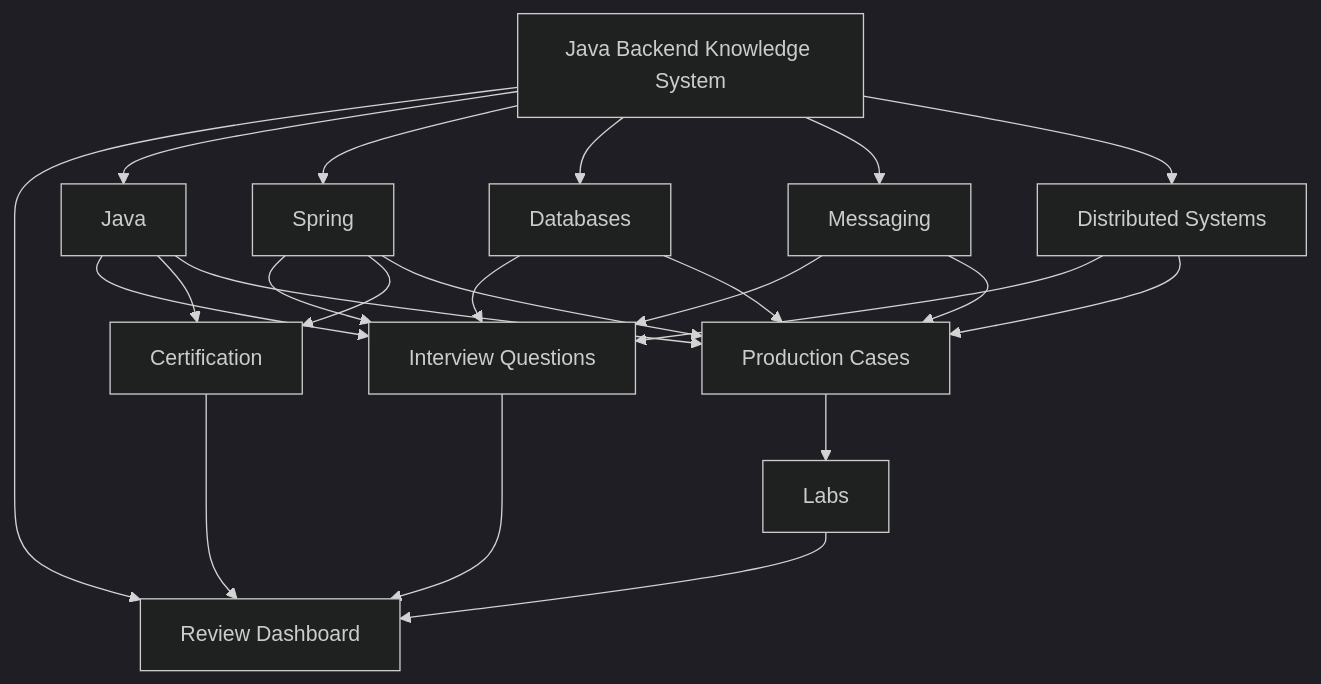
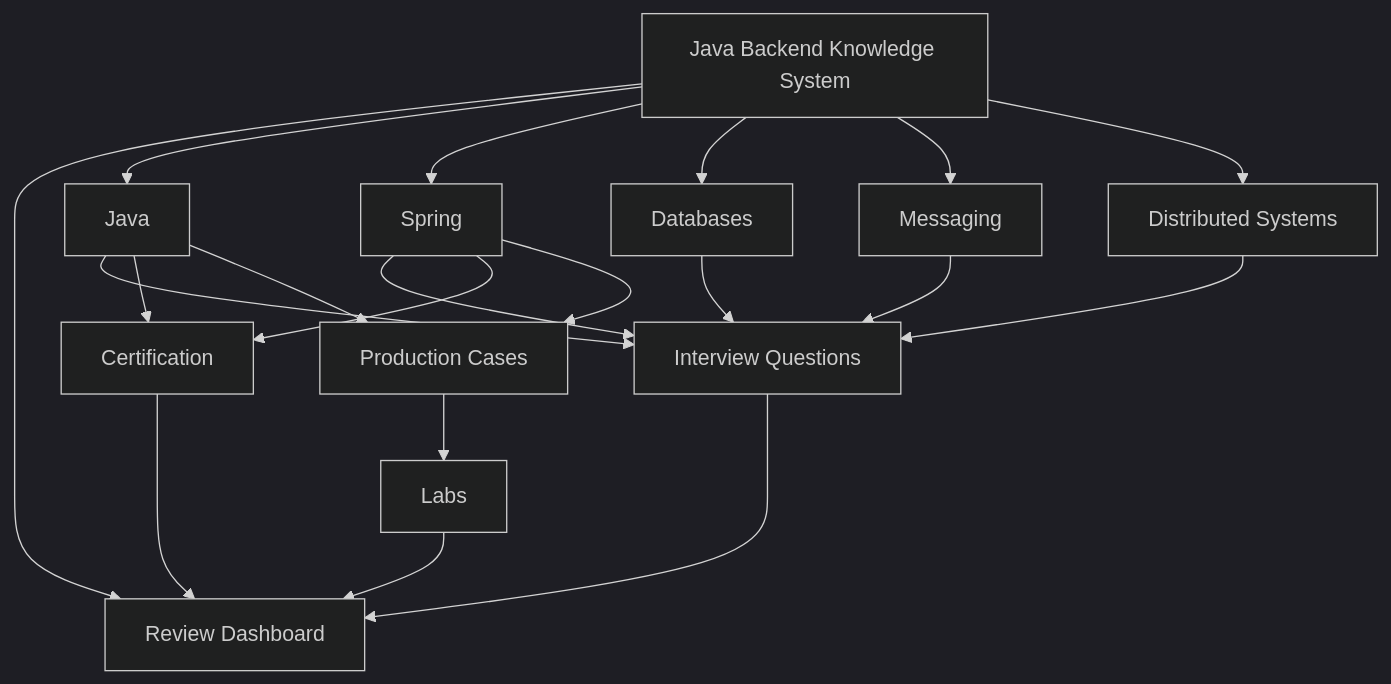
One commit to alimbetov/obsidian changed the first of 3 diagrams in 00_HOME/Java Backend Knowledge System.md. Above: the diagram before and after it, drawn with Mermaid (dark theme). The commit also changed other lines of this file, not shown here.

Commit message:
Complete Spring Core route on home dashboard

````diff
--- a/00_HOME/Java Backend Knowledge System.md
+++ b/00_HOME/Java Backend Knowledge System.md
@@ -23,26 +23,23 @@
 ```mermaid
 flowchart TD
     HOME[Java Backend Knowledge System]
     HOME --> REVIEW[Review Dashboard]
     HOME --> JAVA[Java]
     HOME --> SPRING[Spring]
     HOME --> DB[Databases]
     HOME --> MSG[Messaging]
     HOME --> DS[Distributed Systems]
     JAVA --> IQ[Interview Questions]
     SPRING --> IQ
     DB --> IQ
     MSG --> IQ
     DS --> IQ
     JAVA --> CERT[Certification]
     SPRING --> CERT
-    JAVA --> CASES[Production Cases]
-    SPRING --> CASES
-    DB --> CASES
-    MSG --> CASES
-    DS --> CASES
+    SPRING --> CASES[Production Cases]
+    JAVA --> CASES
     CASES --> LABS[Labs]
     IQ --> REVIEW
     CERT --> REVIEW
     LABS --> REVIEW
 ```
````
